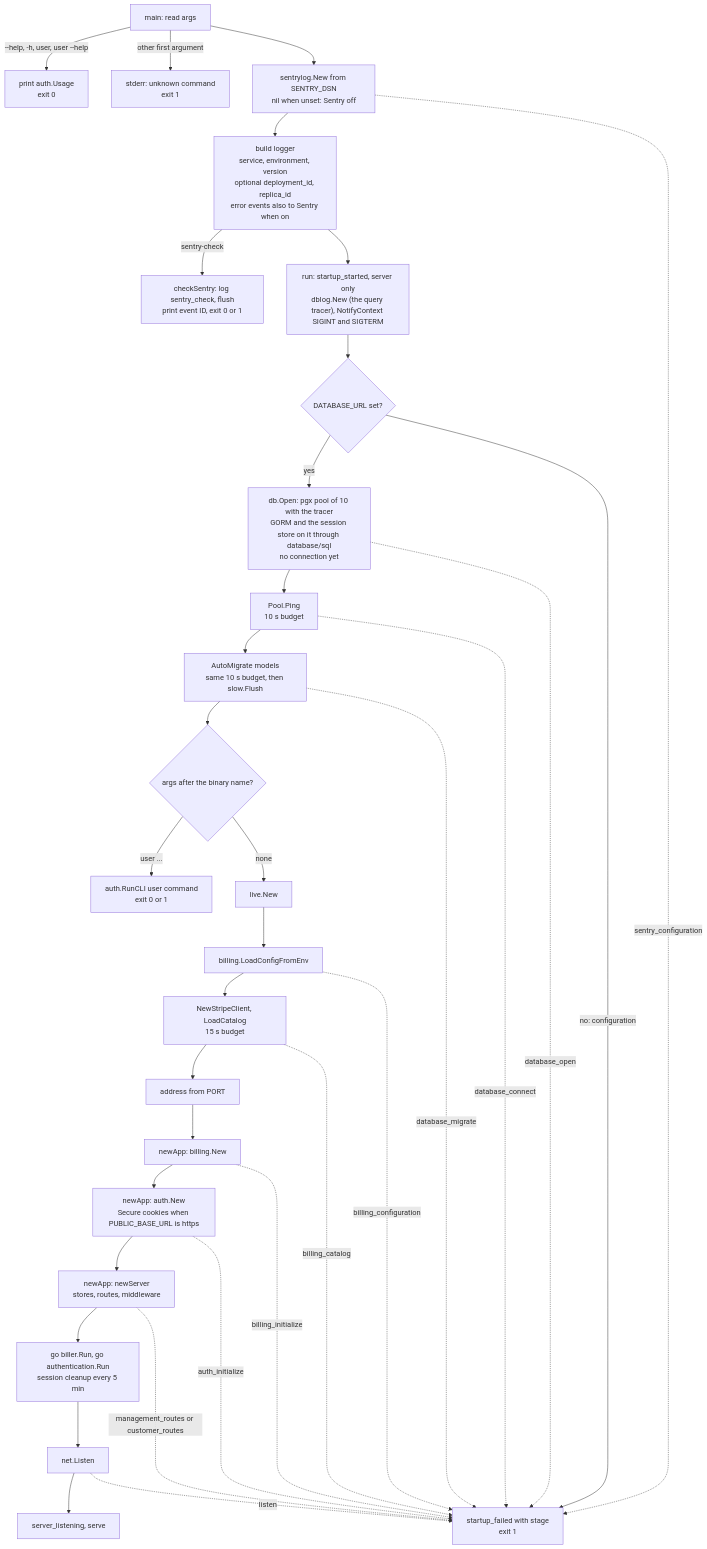
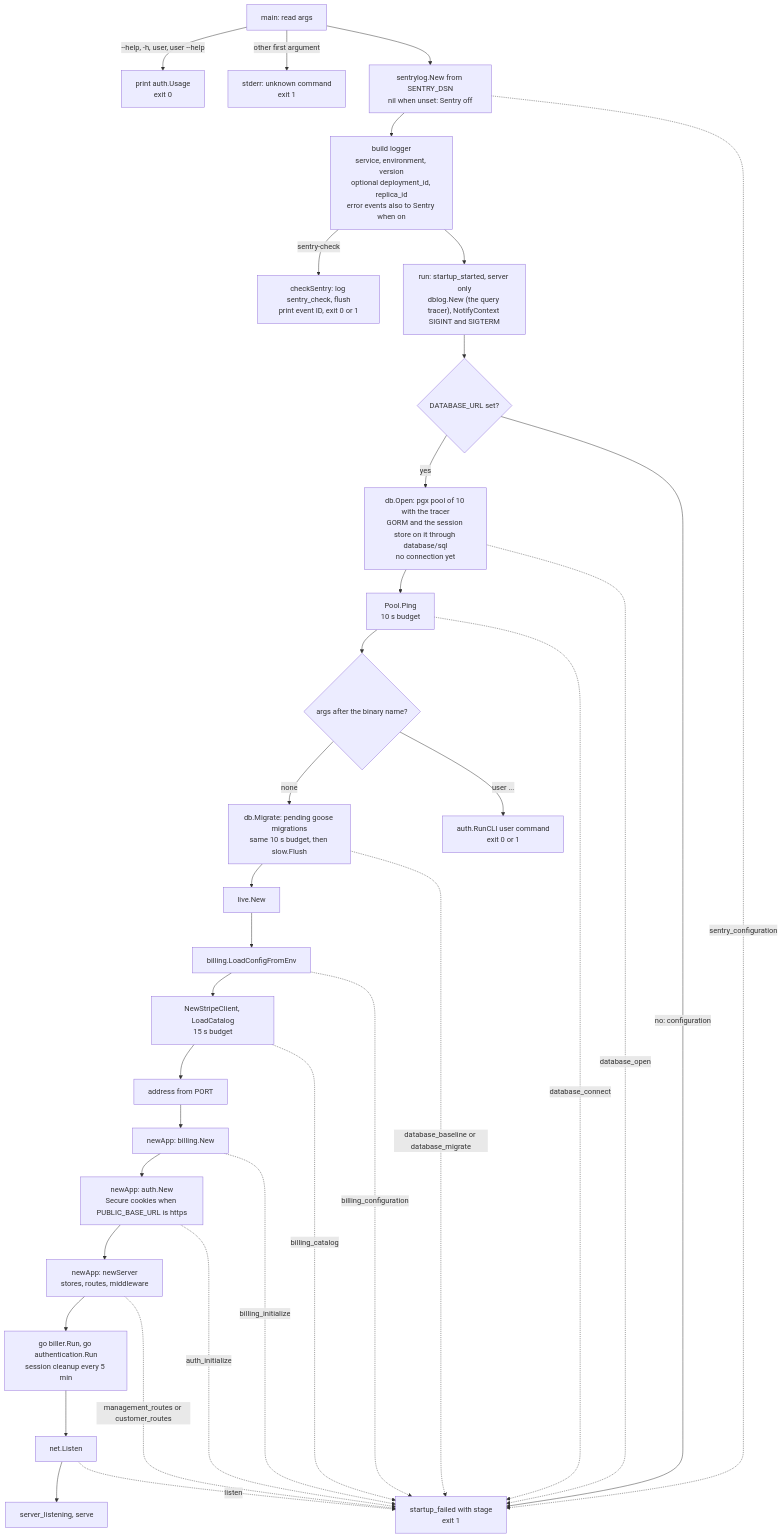
One commit to devGabriel131/ProjectHermes changed the first of 2 diagrams in docs/operations/startup-shutdown.md. Above: the diagram before and after it, drawn with Mermaid. The commit also changed other lines of this file and 32 other files, not shown here.

First line of the commit message:
feat(db): goose migrations with a baseline; AutoMigrate removed (A4)

````diff
--- a/docs/operations/startup-shutdown.md
+++ b/docs/operations/startup-shutdown.md
@@ -7,46 +7,46 @@
 ```mermaid
 flowchart TD
   args["main: read args"]
   help["print auth.Usage\nexit 0"]
   unknown["stderr: unknown command\nexit 1"]
   reporter["sentrylog.New from SENTRY_DSN\nnil when unset: Sentry off"]
   logger["build logger\nservice, environment, version\noptional deployment_id, replica_id\nerror events also to Sentry when on"]
   check["checkSentry: log sentry_check, flush\nprint event ID, exit 0 or 1"]
   begin["run: startup_started, server only\ndblog.New (the query tracer), NotifyContext SIGINT and SIGTERM"]
   dsn{"DATABASE_URL set?"}
   open["db.Open: pgx pool of 10 with the tracer\nGORM and the session store on it through database/sql\nno connection yet"]
   ping["Pool.Ping\n10 s budget"]
-  migrate["AutoMigrate models\nsame 10 s budget, then slow.Flush"]
+  migrate["db.Migrate: pending goose migrations\nsame 10 s budget, then slow.Flush"]
   branch{"args after the binary name?"}
   cli["auth.RunCLI user command\nexit 0 or 1"]
   feed["live.New"]
   cfg["billing.LoadConfigFromEnv"]
   catalog["NewStripeClient, LoadCatalog\n15 s budget"]
   biller["newApp: billing.New"]
   authm["newApp: auth.New\nSecure cookies when PUBLIC_BASE_URL is https"]
   addr["address from PORT"]
   server["newApp: newServer\nstores, routes, middleware"]
   worker["go biller.Run, go authentication.Run\nsession cleanup every 5 min"]
   listen["net.Listen"]
   serve["server_listening, serve"]
   fail["startup_failed with stage\nexit 1"]
 
   args -->|"--help, -h, user, user --help"| help
   args -->|"other first argument"| unknown
   args --> reporter --> logger --> begin --> dsn
   reporter -.->|"sentry_configuration"| fail
   logger -->|"sentry-check"| check
   dsn -->|"no: configuration"| fail
-  dsn -->|"yes"| open --> ping --> migrate --> branch
+  dsn -->|"yes"| open --> ping --> branch
   open -.->|"database_open"| fail
   ping -.->|"database_connect"| fail
-  migrate -.->|"database_migrate"| fail
   branch -->|"user ..."| cli
-  branch -->|"none"| feed --> cfg --> catalog --> addr --> biller --> authm --> server --> worker --> listen --> serve
+  branch -->|"none"| migrate --> feed --> cfg --> catalog --> addr --> biller --> authm --> server --> worker --> listen --> serve
+  migrate -.->|"database_baseline or database_migrate"| fail
   cfg -.->|"billing_configuration"| fail
   catalog -.->|"billing_catalog"| fail
   biller -.->|"billing_initialize"| fail
   authm -.->|"auth_initialize"| fail
   server -.->|"management_routes or customer_routes"| fail
   listen -.->|"listen"| fail
 ```
````
